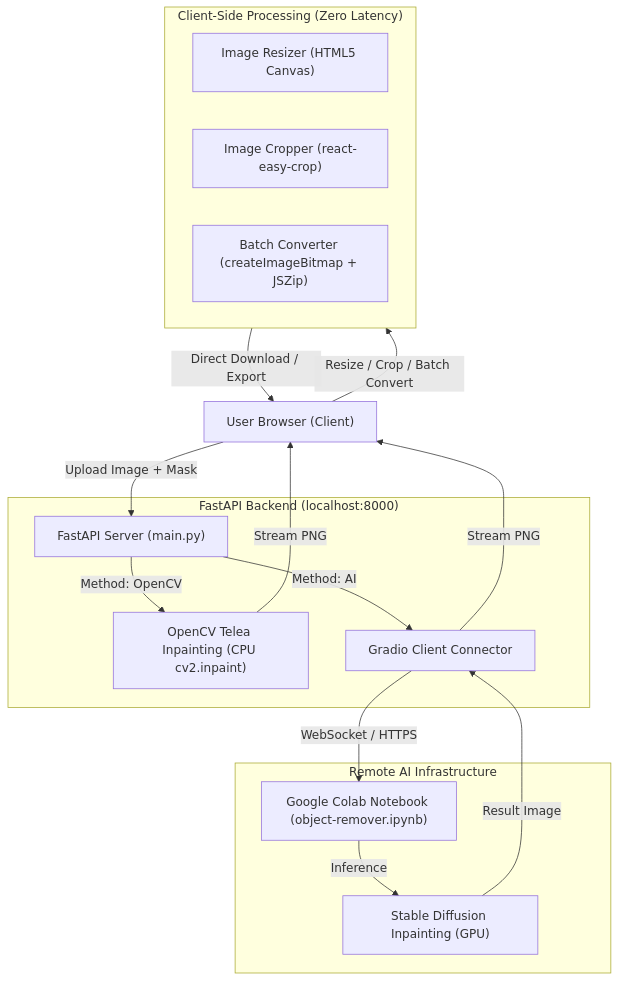
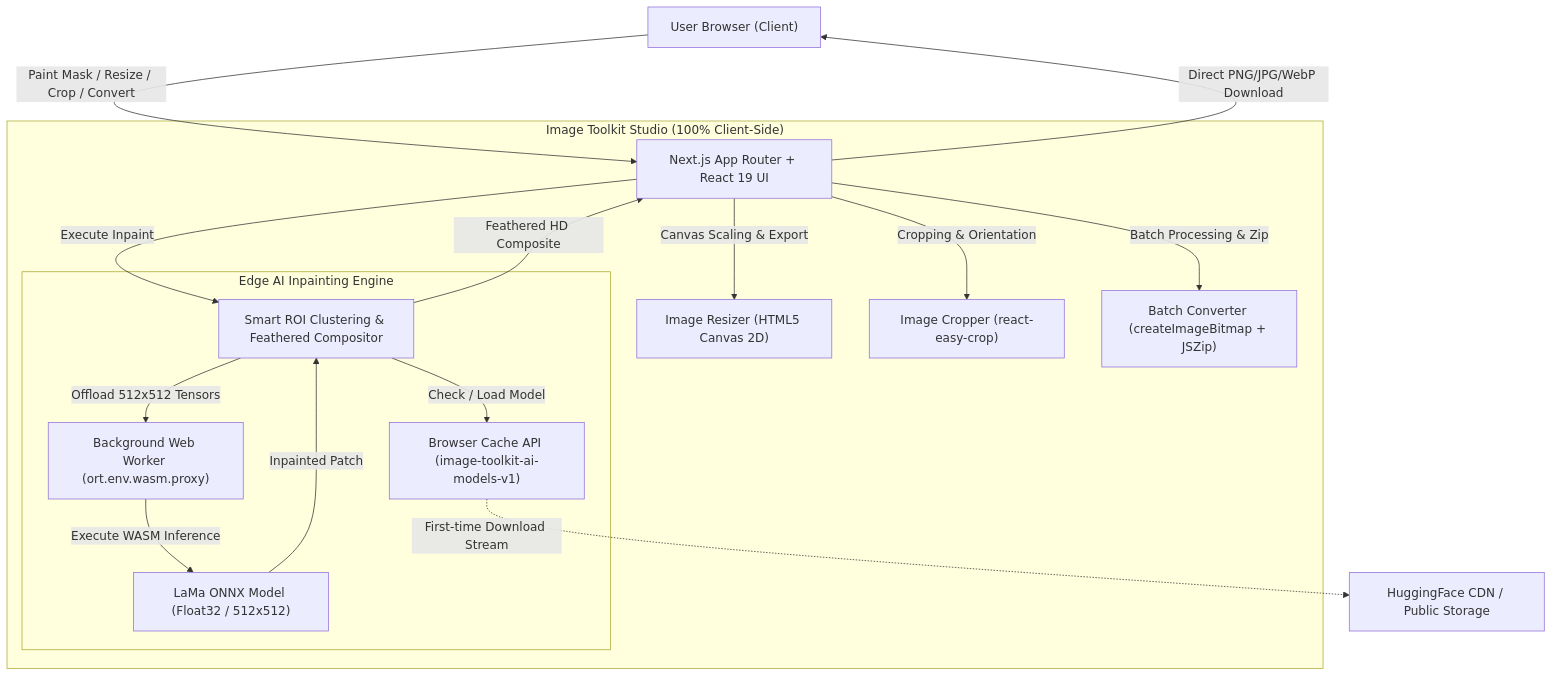
One commit to SalmanFrs/image-toolkit changed the diagram in README.md. Above: the diagram before and after it, drawn with Mermaid. The commit also changed other lines of this file and 28 other files, not shown here.

Commit message:
git commit -m "refactor: migrate to pure client-side LaMa ONNX inpainting and restructure to root"

````diff
--- a/README.md
+++ b/README.md
@@ -74,34 +74,34 @@
 ```mermaid
 flowchart TD
     User["User Browser (Client)"]
 
-    subgraph ClientSide["Client-Side Processing (Zero Latency)"]
-        Resizer["Image Resizer (HTML5 Canvas)"]
+    subgraph ClientStudio["Image Toolkit Studio (100% Client-Side)"]
+        UI["Next.js App Router + React 19 UI"]
+        Resizer["Image Resizer (HTML5 Canvas 2D)"]
         Cropper["Image Cropper (react-easy-crop)"]
         Batch["Batch Converter (createImageBitmap + JSZip)"]
+        
+        subgraph EdgeAI["Edge AI Inpainting Engine"]
+            Cache["Browser Cache API (image-toolkit-ai-models-v1)"]
+            Worker["Background Web Worker (ort.env.wasm.proxy)"]
+            LaMa["LaMa ONNX Model (Float32 / 512x512)"]
+            ROI["Smart ROI Clustering & Feathered Compositor"]
+        end
     end
 
-    subgraph BackendAPI["FastAPI Backend (localhost:8000)"]
-        FastAPIApp["FastAPI Server (main.py)"]
-        CV2["OpenCV Telea Inpainting (CPU cv2.inpaint)"]
-        GradioConnector["Gradio Client Connector"]
-    end
+    RemoteCDN["HuggingFace CDN / Public Storage"]
 
-    subgraph RemoteAI["Remote AI Infrastructure"]
-        Colab["Google Colab Notebook (object-remover.ipynb)"]
-        SD["Stable Diffusion Inpainting (GPU)"]
-    end
-
-    User -->|"Resize / Crop / Batch Convert"| ClientSide
-    ClientSide -->|"Direct Download / Export"| User
-
-    User -->|"Upload Image + Mask"| FastAPIApp
-    FastAPIApp -->|"Method: OpenCV"| CV2
-    CV2 -->|"Stream PNG"| User
-
-    FastAPIApp -->|"Method: AI"| GradioConnector
-    GradioConnector -->|"WebSocket / HTTPS"| Colab
-    Colab -->|"Inference"| SD
-    SD -->|"Result Image"| GradioConnector
-    GradioConnector -->|"Stream PNG"| User
+    User -->|"Paint Mask / Resize / Crop / Convert"| UI
+    UI -->|"Canvas Scaling & Export"| Resizer
+    UI -->|"Cropping & Orientation"| Cropper
+    UI -->|"Batch Processing & Zip"| Batch
+    
+    UI -->|"Execute Inpaint"| ROI
+    ROI -->|"Check / Load Model"| Cache
+    Cache -.->|"First-time Download Stream"| RemoteCDN
+    ROI -->|"Offload 512x512 Tensors"| Worker
+    Worker -->|"Execute WASM Inference"| LaMa
+    LaMa -->|"Inpainted Patch"| ROI
+    ROI -->|"Feathered HD Composite"| UI
+    UI -->|"Direct PNG/JPG/WebP Download"| User
 ```
````
